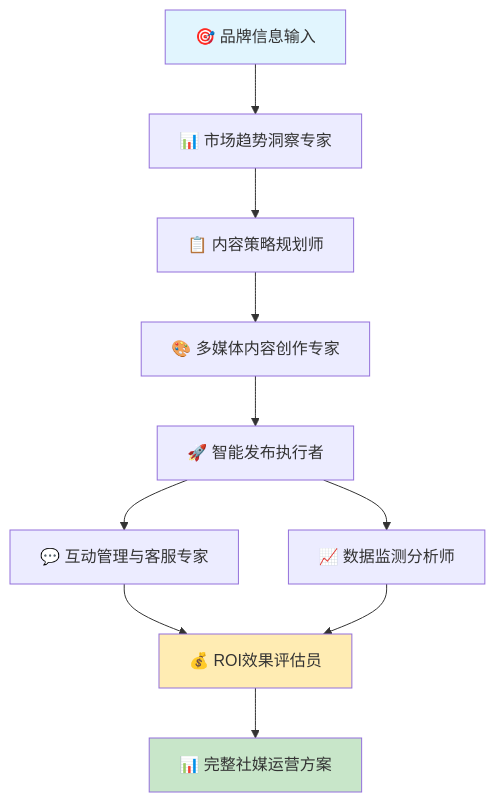
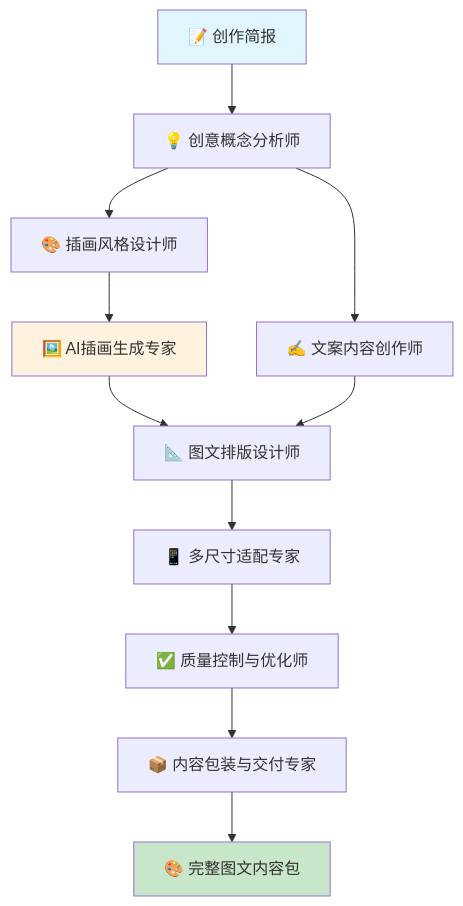
Before and after one commit to pftom/refly-use-cases: the first of 21 diagrams in use-cases/detailed-use-cases.md, drawn with Mermaid. The commit also changed other lines of this file and 1 other file, not shown here.

````diff
--- a/use-cases/detailed-use-cases.md
+++ b/use-cases/detailed-use-cases.md
@@ -232,16 +82,17 @@
 ```mermaid
 graph TD
-    A[🎯 品牌信息输入] --> B[📊 市场趋势洞察专家]
-    B --> C[📋 内容策略规划师]
-    C --> D[🎨 多媒体内容创作专家]
-    D --> E[🚀 智能发布执行者]
-    E --> F[💬 互动管理与客服专家]
-    E --> G[📈 数据监测分析师]
-    F --> H[💰 ROI效果评估员]
-    G --> H
-    H --> I[📊 完整社媒运营方案]
+    A[📝 创作简报] --> B[💡 创意概念分析师]
+    B --> C[🎨 插画风格设计师]
+    C --> D[🖼️ AI插画生成专家]
+    B --> E[✍️ 文案内容创作师]
+    D --> F[📐 图文排版设计师]
+    E --> F
+    F --> G[📱 多尺寸适配专家]
+    G --> H[✅ 质量控制与优化师]
+    H --> I[📦 内容包装与交付专家]
+    I --> J[🎨 完整图文内容包]
     
     style A fill:#e1f5fe
-    style I fill:#c8e6c9
-    style H fill:#ffecb3
+    style J fill:#c8e6c9
+    style D fill:#fff3e0
 ```
````
